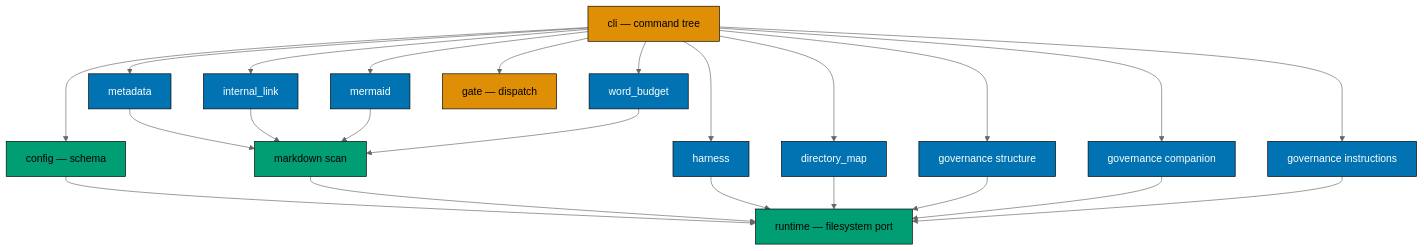
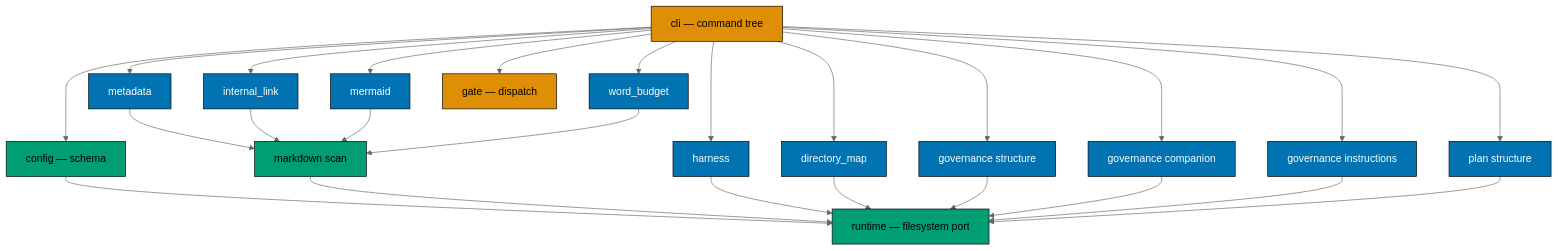
Before and after one commit to wahidyankf/rhino: the third of 3 diagrams in specs/architecture.md, drawn with Mermaid (neutral theme). The commit also changed other lines of this file and 18 other files, not shown here.

````diff
--- a/specs/architecture.md
+++ b/specs/architecture.md
@@ -66,49 +66,52 @@
 ```mermaid
 graph TD
     Cli["cli — command tree"]
     Runtime["runtime — filesystem port"]
     ConfigMod["config — schema"]
     Scan["markdown scan"]
     Link["internal_link"]
     Mermaid["mermaid"]
     Word["word_budget"]
     Map["directory_map"]
     Harness["harness"]
     Metadata["metadata"]
     Gate["gate — dispatch"]
     Structure["governance structure"]
     Companion["governance companion"]
     Instructions["governance instructions"]
+    PlanMod["plan structure"]
 
     Cli --> ConfigMod
     Cli --> Link
     Cli --> Mermaid
     Cli --> Word
     Cli --> Map
     Cli --> Harness
     Cli --> Metadata
     Cli --> Gate
     Cli --> Structure
     Cli --> Companion
     Cli --> Instructions
+    Cli --> PlanMod
     ConfigMod --> Runtime
     Scan --> Runtime
     Harness --> Runtime
     Map --> Runtime
     Metadata --> Scan
     Structure --> Runtime
     Companion --> Runtime
     Instructions --> Runtime
+    PlanMod --> Runtime
     Link --> Scan
     Mermaid --> Scan
     Word --> Scan
 
     classDef entry fill:#DE8F05,stroke:#000000,color:#000000
     classDef check fill:#0173B2,stroke:#000000,color:#FFFFFF
     classDef shared fill:#029E73,stroke:#000000,color:#000000
 
     class Cli entry
-    class Link,Mermaid,Word,Map,Harness,Metadata,Structure,Companion,Instructions check
+    class Link,Mermaid,Word,Map,Harness,Metadata,Structure,Companion,Instructions,PlanMod check
     class Gate entry
     class ConfigMod,Runtime,Scan shared
 ```
````
